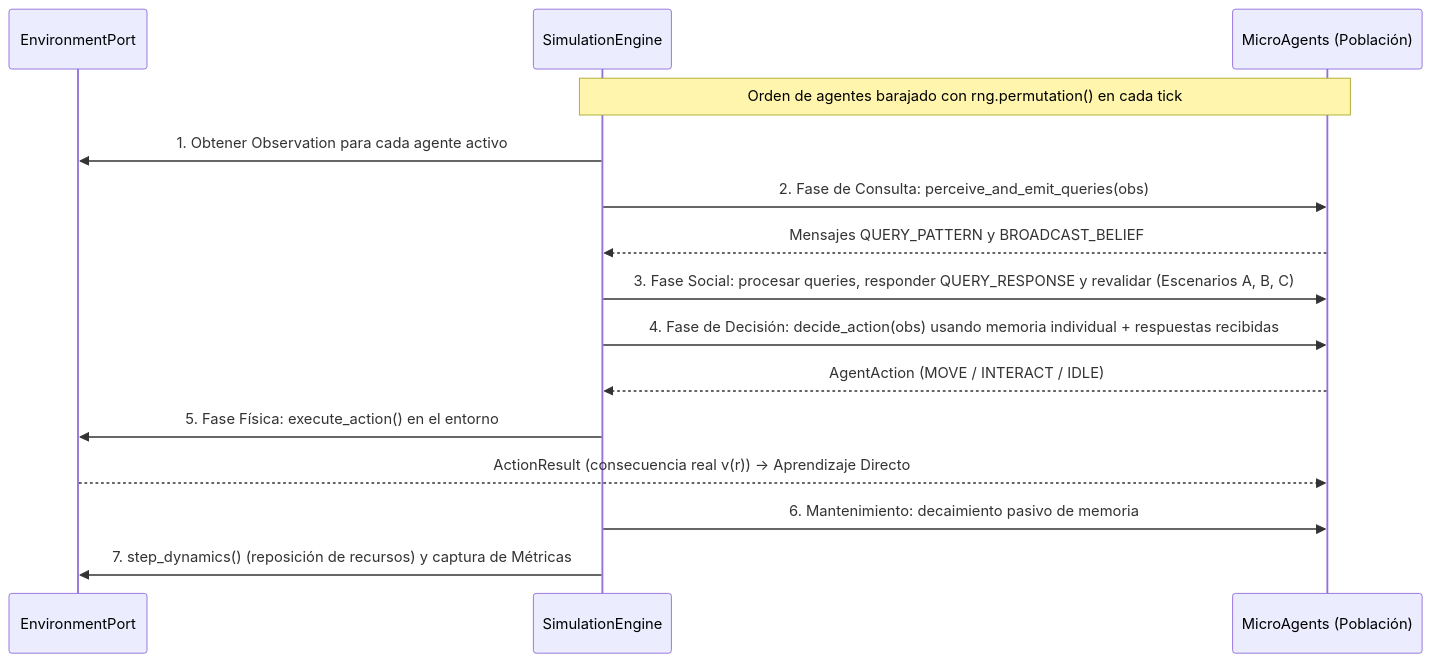
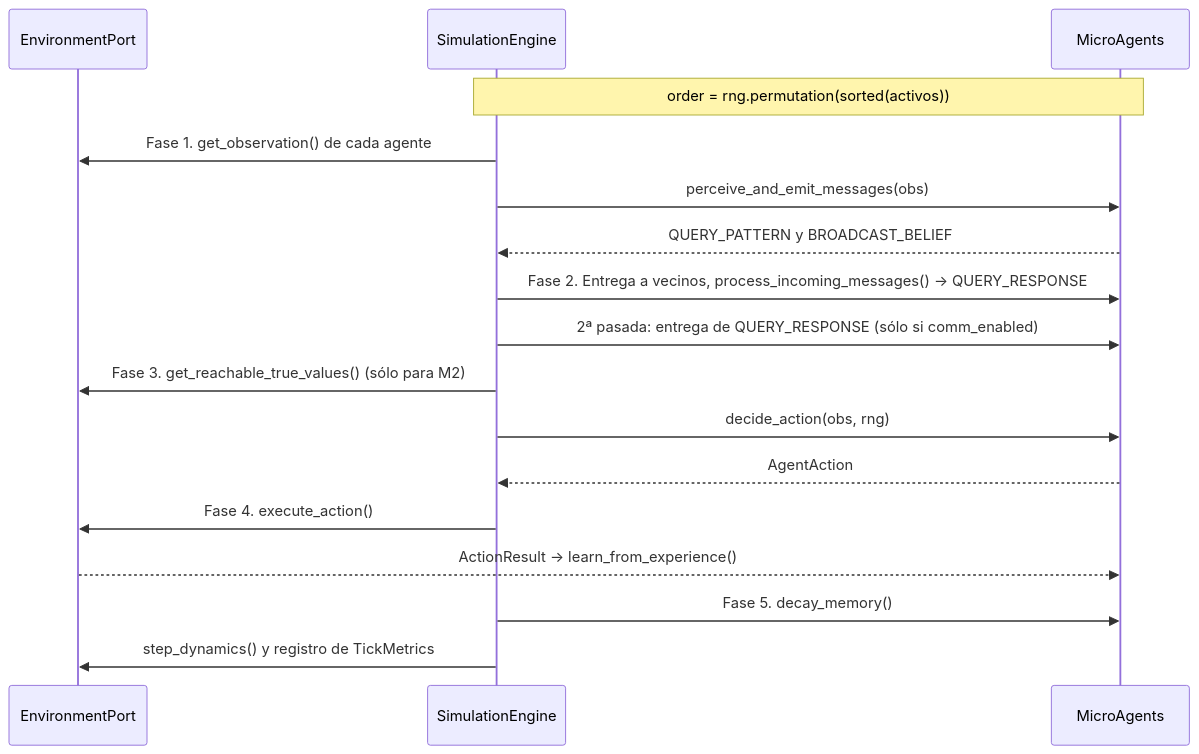
One commit to Jorge-Guli/IDE changed the diagram in DEFINICIONES_TECNICAS.md. Above: the diagram before and after it, drawn with Mermaid. The commit also changed other lines of this file and 13 other files, not shown here.

````diff
--- a/DEFINICIONES_TECNICAS.md
+++ b/DEFINICIONES_TECNICAS.md
@@ -178,18 +189,20 @@
 ```mermaid
 sequenceDiagram
     participant E as EnvironmentPort
     participant S as SimulationEngine
-    participant A as MicroAgents (Población)
+    participant A as MicroAgents
 
-    Note over S,A: Orden de agentes barajado con rng.permutation() en cada tick
-    S->>E: 1. Obtener Observation para cada agente activo
-    S->>A: 2. Fase de Consulta: perceive_and_emit_queries(obs)
-    A-->>S: Mensajes QUERY_PATTERN y BROADCAST_BELIEF
-    S->>A: 3. Fase Social: procesar queries, responder QUERY_RESPONSE y revalidar (Escenarios A, B, C)
-    S->>A: 4. Fase de Decisión: decide_action(obs) usando memoria individual + respuestas recibidas
-    A-->>S: AgentAction (MOVE / INTERACT / IDLE)
-    S->>E: 5. Fase Física: execute_action() en el entorno
-    E-->>A: ActionResult (consecuencia real v(r)) -> Aprendizaje Directo
-    S->>A: 6. Mantenimiento: decaimiento pasivo de memoria
-    S->>E: 7. step_dynamics() (reposición de recursos) y captura de Métricas
+    Note over S,A: order = rng.permutation(sorted(activos))
+    S->>E: Fase 1. get_observation() de cada agente
+    S->>A: perceive_and_emit_messages(obs)
+    A-->>S: QUERY_PATTERN y BROADCAST_BELIEF
+    S->>A: Fase 2. Entrega a vecinos, process_incoming_messages() → QUERY_RESPONSE
+    S->>A: 2ª pasada: entrega de QUERY_RESPONSE (sólo si comm_enabled)
+    S->>E: Fase 3. get_reachable_true_values() (sólo para M2)
+    S->>A: decide_action(obs, rng)
+    A-->>S: AgentAction
+    S->>E: Fase 4. execute_action()
+    E-->>A: ActionResult → learn_from_experience()
+    S->>A: Fase 5. decay_memory()
+    S->>E: step_dynamics() y registro de TickMetrics
 ```
````
